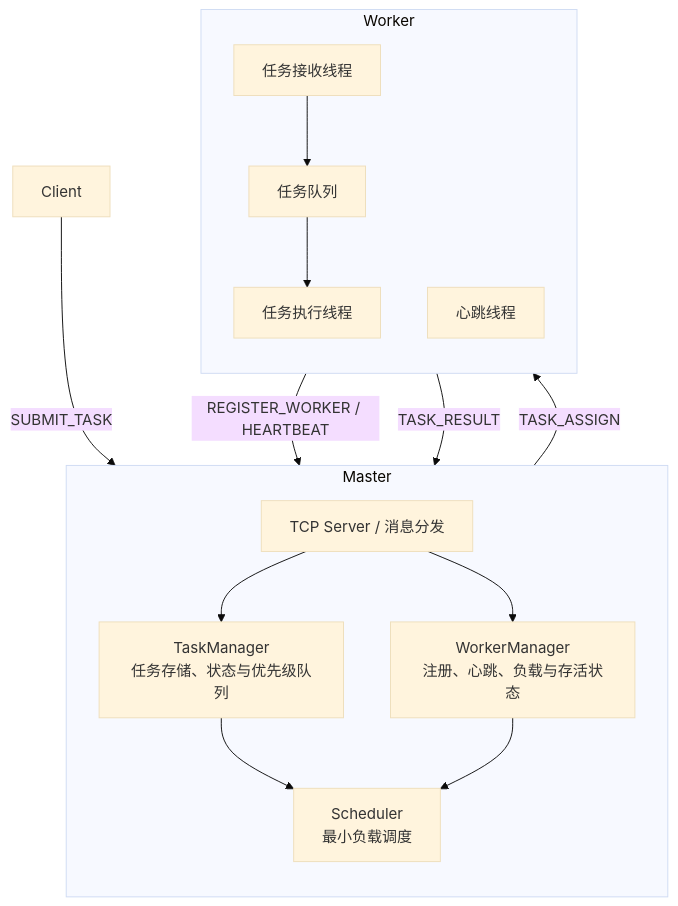
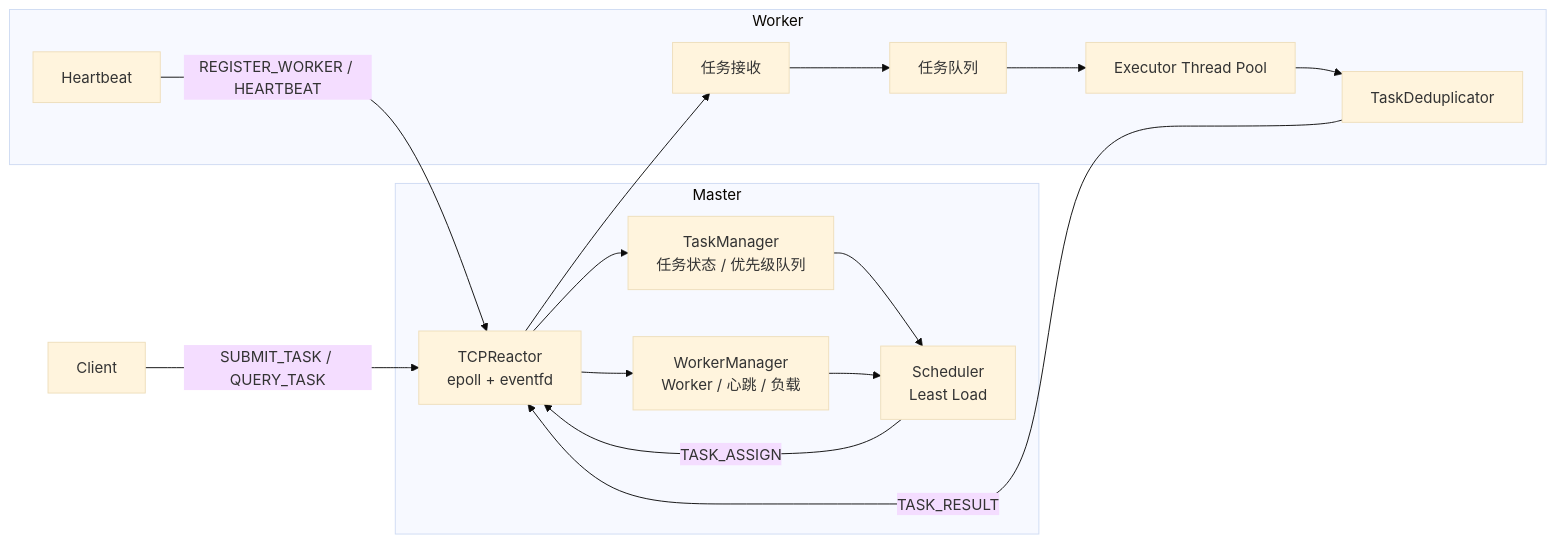
The diagram in README.md (youi040804/Distributed-Task-Scheduler), drawn with Mermaid (base theme) before and after one commit. The commit also changed other lines of this file, not shown here.

````diff
--- a/README.md
+++ b/README.md
@@ -17,32 +34,37 @@
 ```mermaid
-flowchart TB
+flowchart LR
     Client["Client"]
 
     subgraph Master["Master"]
-        direction TB
-        Server["TCP Server / 消息分发"]
-        TaskManager["TaskManager\n任务存储、状态与优先级队列"]
-        WorkerManager["WorkerManager\n注册、心跳、负载与存活状态"]
-        Scheduler["Scheduler\n最小负载调度"]
-
-        Server --> TaskManager
-        Server --> WorkerManager
-        TaskManager --> Scheduler
-        WorkerManager --> Scheduler
+        Reactor["TCPReactor<br/>epoll + eventfd"]
+        TaskManager["TaskManager<br/>任务状态 / 优先级队列"]
+        WorkerManager["WorkerManager<br/>Worker / 心跳 / 负载"]
+        Scheduler["Scheduler<br/>Least Load"]
     end
 
     subgraph Worker["Worker"]
-        direction TB
-        Receive["任务接收线程"]
+        Receiver["任务接收"]
         Queue["任务队列"]
-        Execute["任务执行线程"]
-        Heartbeat["心跳线程"]
-
-        Receive --> Queue --> Execute
+        Pool["Executor Thread Pool"]
+        Dedup["TaskDeduplicator"]
+        Heartbeat["Heartbeat"]
     end
 
-    Client -->|"SUBMIT_TASK"| Server
-    Scheduler -->|"TASK_ASSIGN"| Receive
-    Heartbeat -->|"REGISTER_WORKER / HEARTBEAT"| Server
-    Execute -->|"TASK_RESULT"| Server
+    Client -->|"SUBMIT_TASK / QUERY_TASK"| Reactor
+
+    Reactor --> TaskManager
+    Reactor --> WorkerManager
+
+    TaskManager --> Scheduler
+    WorkerManager --> Scheduler
+
+    Scheduler -->|"TASK_ASSIGN"| Reactor
+    Reactor --> Receiver
+
+    Receiver --> Queue
+    Queue --> Pool
+    Pool --> Dedup
+
+    Dedup -->|"TASK_RESULT"| Reactor
+    Heartbeat -->|"REGISTER_WORKER / HEARTBEAT"| Reactor
 ```
````
